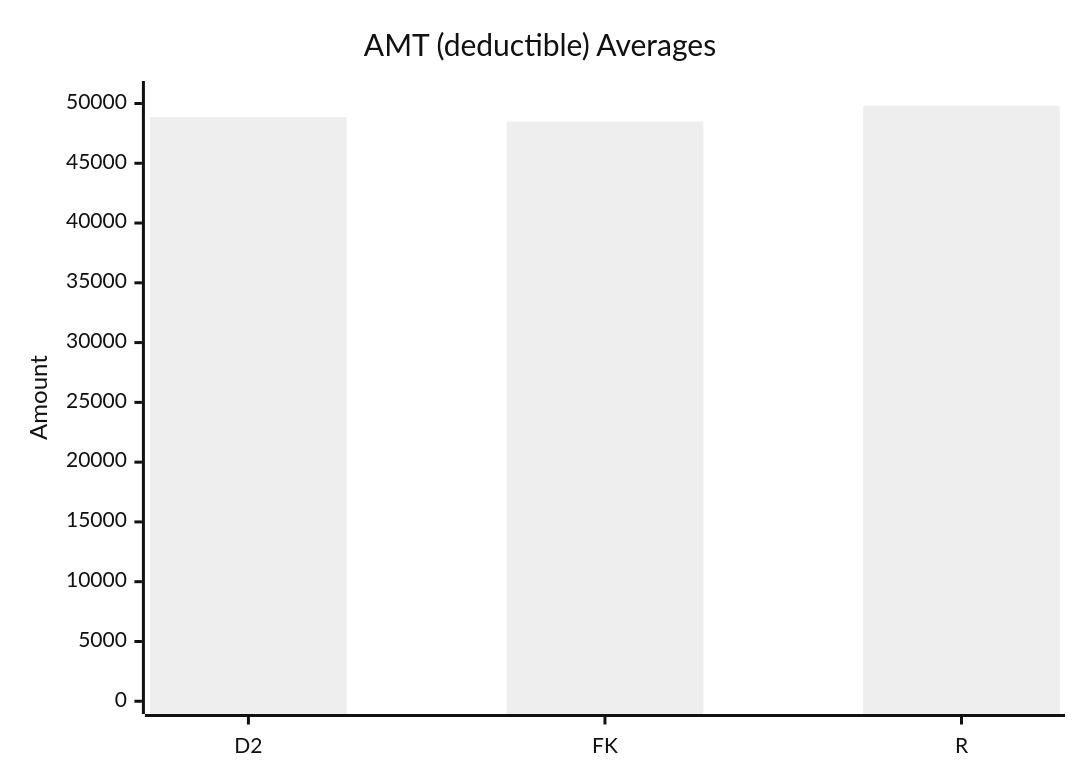
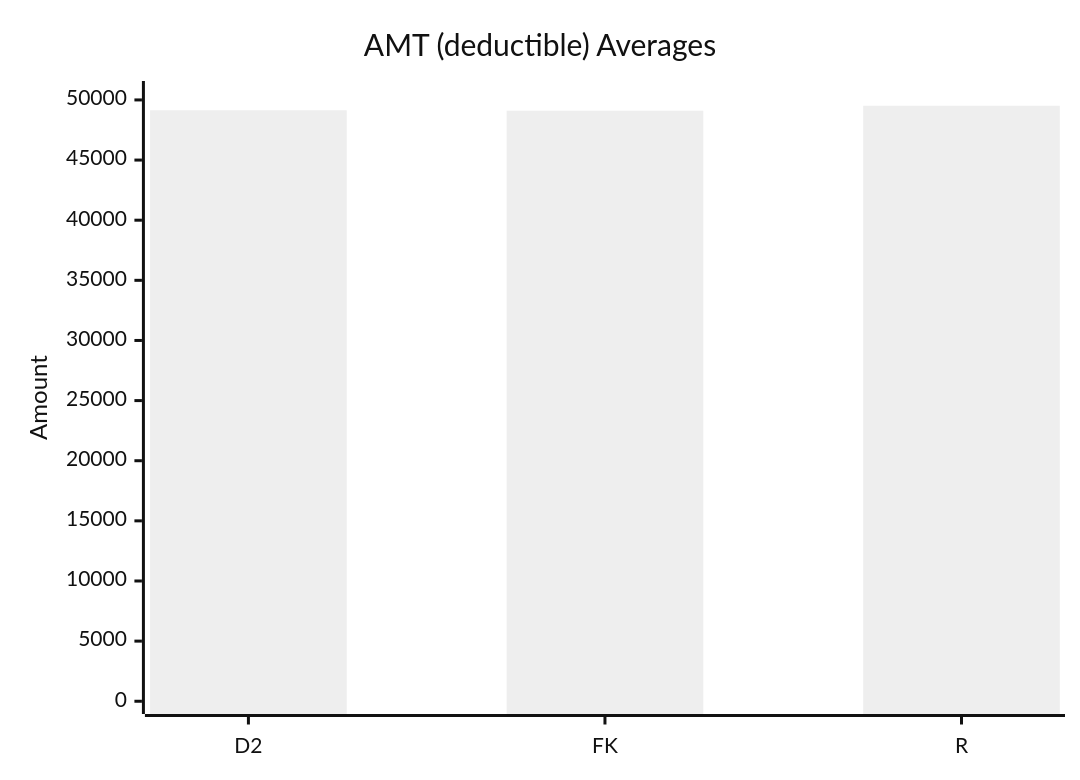
One commit to dhagan-va/intern-2025 changed the ninth of 10 diagrams in test-tools/DataGen/src/Statistics_Visualizer.md. Above: the diagram before and after it, drawn with Mermaid (neutral theme). The commit also changed other lines of this file, not shown here.

````diff
--- a/test-tools/DataGen/src/Statistics_Visualizer.md
+++ b/test-tools/DataGen/src/Statistics_Visualizer.md
@@ -96,7 +97,7 @@
 ```mermaid
 xychart-beta
     title "AMT (deductible) Averages"
     x-axis ["D2", "FK", "R"]
-    y-axis "Amount" 0 --> 50814.933206793234
-    bar [48873.89018981021, 48488.28641358642, 49814.933206793234]
+    y-axis "Amount" 0 --> 50514.15440779614
+    bar [49141.71714142923, 49105.410079960035, 49514.15440779614]
 ```
````
